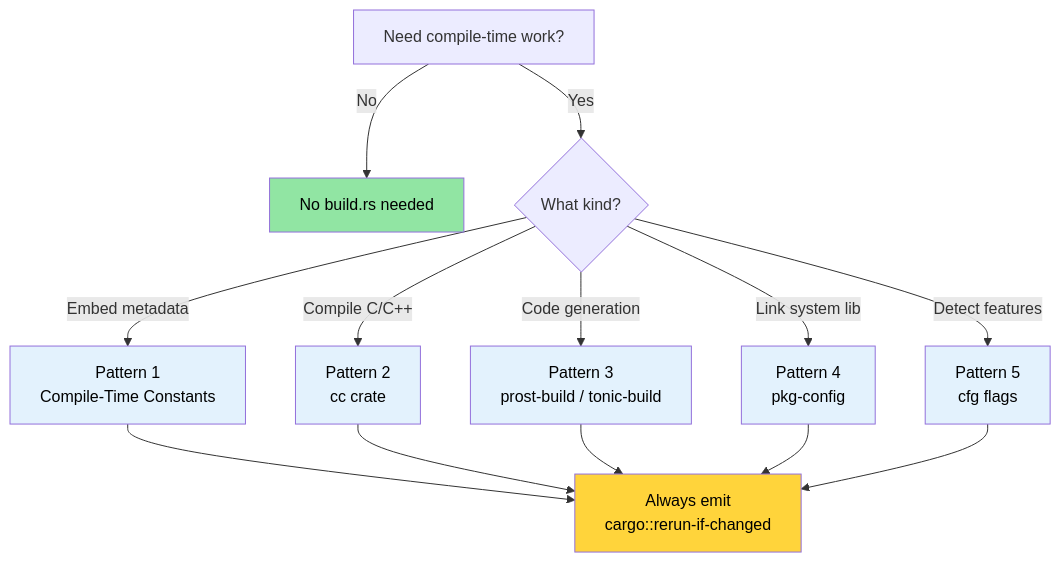
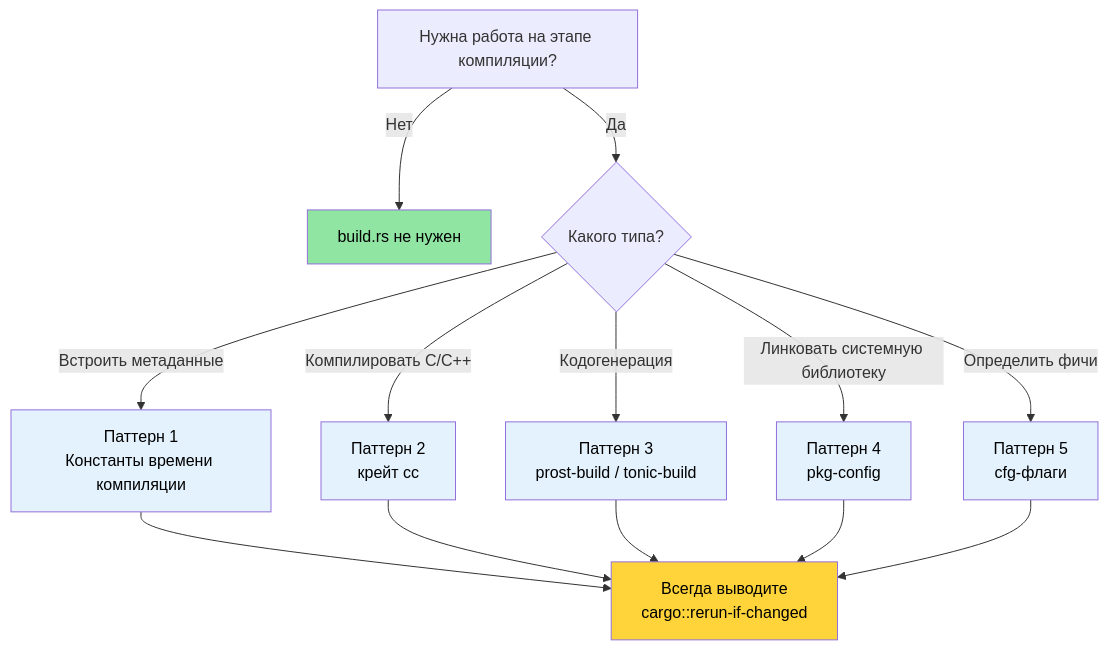
Before and after one commit to r007/RustTraining-Rus: the diagram in engineering-book/src/ch01-build-scripts-buildrs-in-depth.md, drawn with Mermaid. The commit also changed other lines of this file and 2 other files, not shown here.

````diff
--- a/engineering-book/src/ch01-build-scripts-buildrs-in-depth.md
+++ b/engineering-book/src/ch01-build-scripts-buildrs-in-depth.md
@@ -542,25 +545,25 @@
 ```mermaid
 flowchart TD
-    START["Need compile-time work?"] -->|No| SKIP["No build.rs needed"]
-    START -->|Yes| WHAT{"What kind?"}
-    
-    WHAT -->|"Embed metadata"| P1["Pattern 1<br/>Compile-Time Constants"]
-    WHAT -->|"Compile C/C++"| P2["Pattern 2<br/>cc crate"]
-    WHAT -->|"Code generation"| P3["Pattern 3<br/>prost-build / tonic-build"]
-    WHAT -->|"Link system lib"| P4["Pattern 4<br/>pkg-config"]
-    WHAT -->|"Detect features"| P5["Pattern 5<br/>cfg flags"]
-    
-    P1 --> RERUN["Always emit<br/>cargo::rerun-if-changed"]
+    START["Нужна работа на этапе компиляции?"] -->|Нет| SKIP["build.rs не нужен"]
+    START -->|Да| WHAT{"Какого типа?"}
+
+    WHAT -->|"Встроить метаданные"| P1["Паттерн 1<br/>Константы времени компиляции"]
+    WHAT -->|"Компилировать C/C++"| P2["Паттерн 2<br/>крейт cc"]
+    WHAT -->|"Кодогенерация"| P3["Паттерн 3<br/>prost-build / tonic-build"]
+    WHAT -->|"Линковать системную библиотеку"| P4["Паттерн 4<br/>pkg-config"]
+    WHAT -->|"Определить фичи"| P5["Паттерн 5<br/>cfg-флаги"]
+
+    P1 --> RERUN["Всегда выводите<br/>cargo::rerun-if-changed"]
     P2 --> RERUN
     P3 --> RERUN
     P4 --> RERUN
     P5 --> RERUN
-    
+
     style SKIP fill:#91e5a3,color:#000
     style RERUN fill:#ffd43b,color:#000
     style P1 fill:#e3f2fd,color:#000
     style P2 fill:#e3f2fd,color:#000
     style P3 fill:#e3f2fd,color:#000
     style P4 fill:#e3f2fd,color:#000
     style P5 fill:#e3f2fd,color:#000
 ```
````
